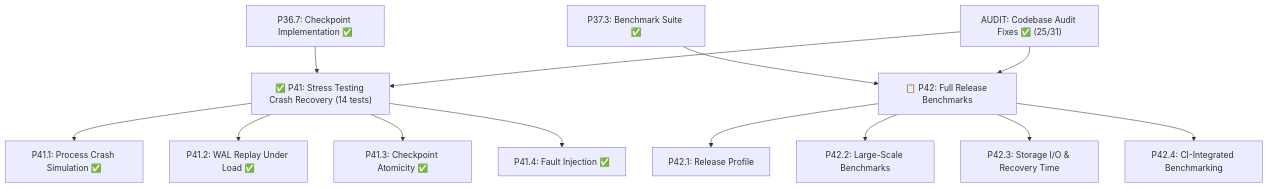
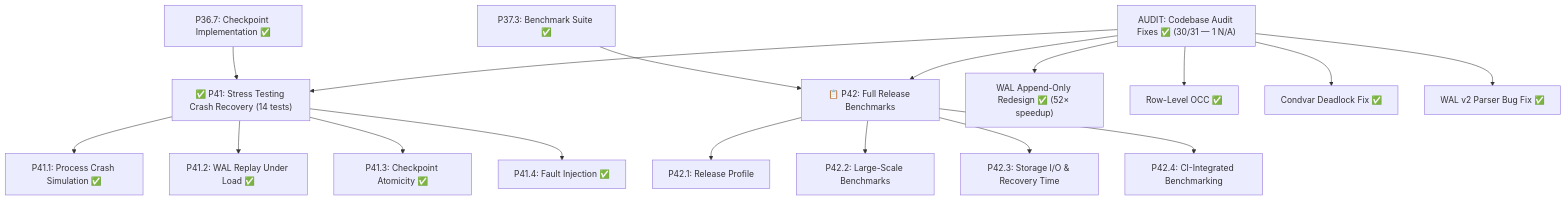
Before and after one commit to mlengse/akar: the diagram in akar-core/implementation_plan.md, drawn with Mermaid. The commit also changed other lines of this file and 7 other files, not shown here.

````diff
--- a/akar-core/implementation_plan.md
+++ b/akar-core/implementation_plan.md
@@ -207,15 +208,19 @@
 ```mermaid
 graph TD
     P36_7["P36.7: Checkpoint Implementation ✅"] --> P41["✅ P41: Stress Testing Crash Recovery (14 tests)"]
     P37_3["P37.3: Benchmark Suite ✅"] --> P42["📋 P42: Full Release Benchmarks"]
-    AUDIT["AUDIT: Codebase Audit Fixes ✅ (25/31)"] --> P41
+    AUDIT["AUDIT: Codebase Audit Fixes ✅ (30/31 — 1 N/A)"] --> P41
     AUDIT --> P42
     P41 --> P41_1["P41.1: Process Crash Simulation ✅"]
     P41 --> P41_2["P41.2: WAL Replay Under Load ✅"]
     P41 --> P41_3["P41.3: Checkpoint Atomicity ✅"]
     P41 --> P41_4["P41.4: Fault Injection ✅"]
     P42 --> P42_1["P42.1: Release Profile"]
     P42 --> P42_2["P42.2: Large-Scale Benchmarks"]
     P42 --> P42_3["P42.3: Storage I/O & Recovery Time"]
     P42 --> P42_4["P42.4: CI-Integrated Benchmarking"]
+    AUDIT --> WAL["WAL Append-Only Redesign ✅ (52× speedup)"]
+    AUDIT --> OCC["Row-Level OCC ✅"]
+    AUDIT --> CONDVAR["Condvar Deadlock Fix ✅"]
+    AUDIT --> PARSER["WAL v2 Parser Bug Fix ✅"]
 ```
````
